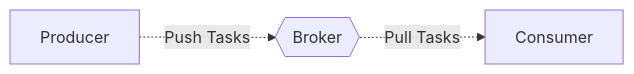
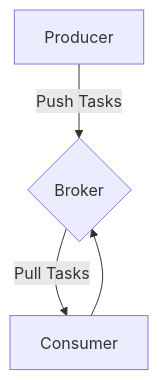
Before and after one commit to Intsights/sergeant: the diagram in docs/examples/single_producer_consumer.md, drawn with Mermaid. The commit also changed other lines of this file and 45 other files, not shown here.

````diff
--- a/docs/examples/single_producer_consumer.md
+++ b/docs/examples/single_producer_consumer.md
@@ -8,5 +8,6 @@
 ```mermaid
-graph LR
-    Producer -.->|Push Tasks| Broker{{Broker}}
-    Broker -.->|Pull Tasks| Consumer
+graph TD
+    A[Producer] -->|Push Tasks| B{Broker}
+    B -->|Pull Tasks| C[Consumer]
+    C --> B
 ```
````
